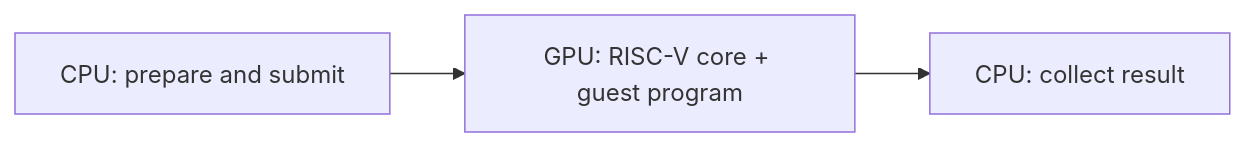
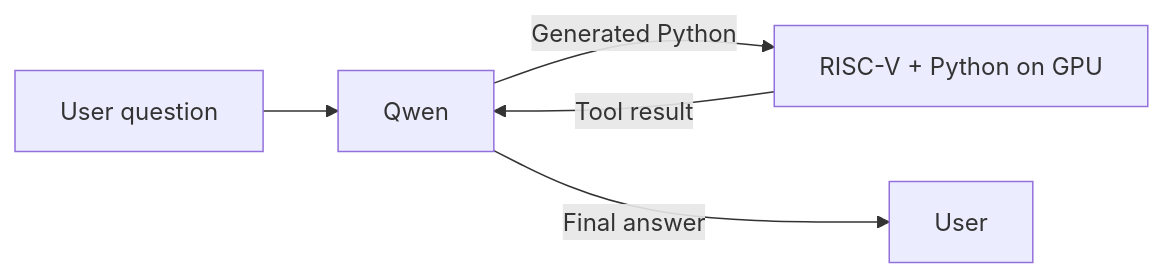
The diagram in README.md (dttutty/RISCuda), drawn with Mermaid before and after one commit. The commit also changed other lines of this file and 1 other file, not shown here.

Commit message:
docs: lead README with the recorded Qwen Python tool loop

````diff
--- a/README.md
+++ b/README.md
@@ -40,5 +45,7 @@
 ```mermaid
 flowchart LR
-    H[CPU: prepare and submit] --> G[GPU: RISC-V core + guest program]
-    G --> R[CPU: collect result]
+    U[User question] --> Q[Qwen]
+    Q -->|Generated Python| R[RISC-V + Python on GPU]
+    R -->|Tool result| Q
+    Q -->|Final answer| A[User]
 ```
````
